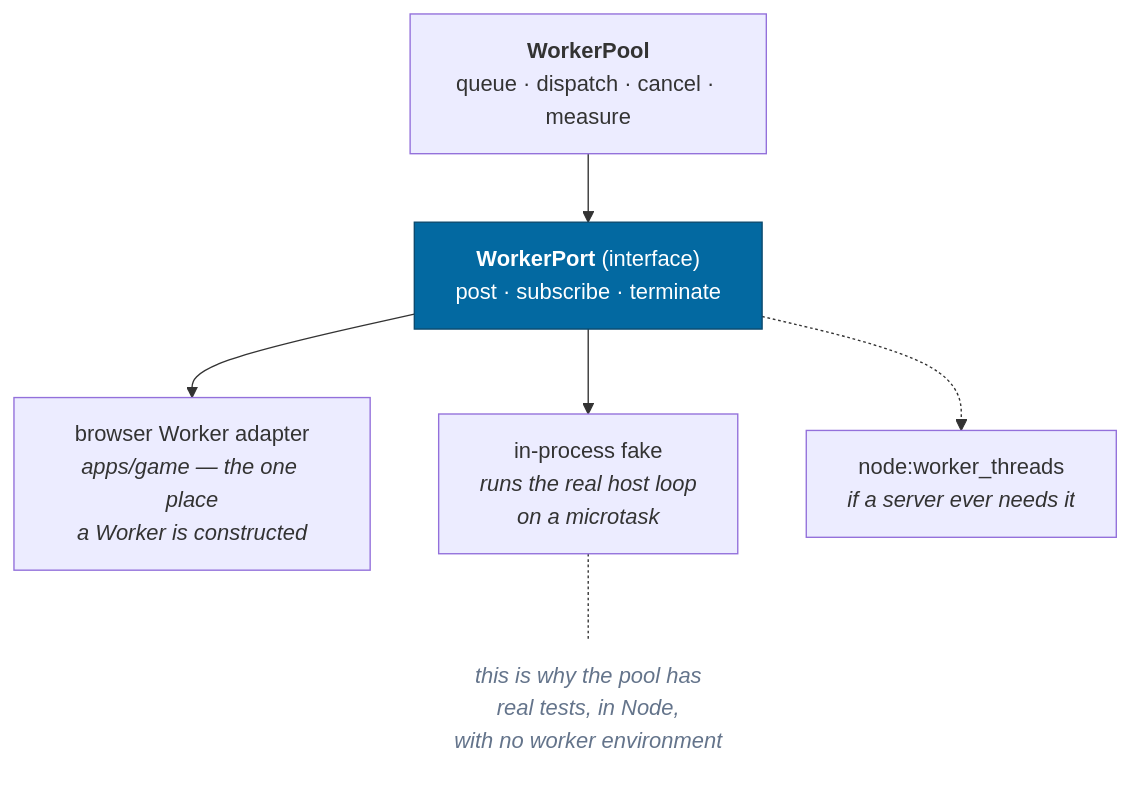
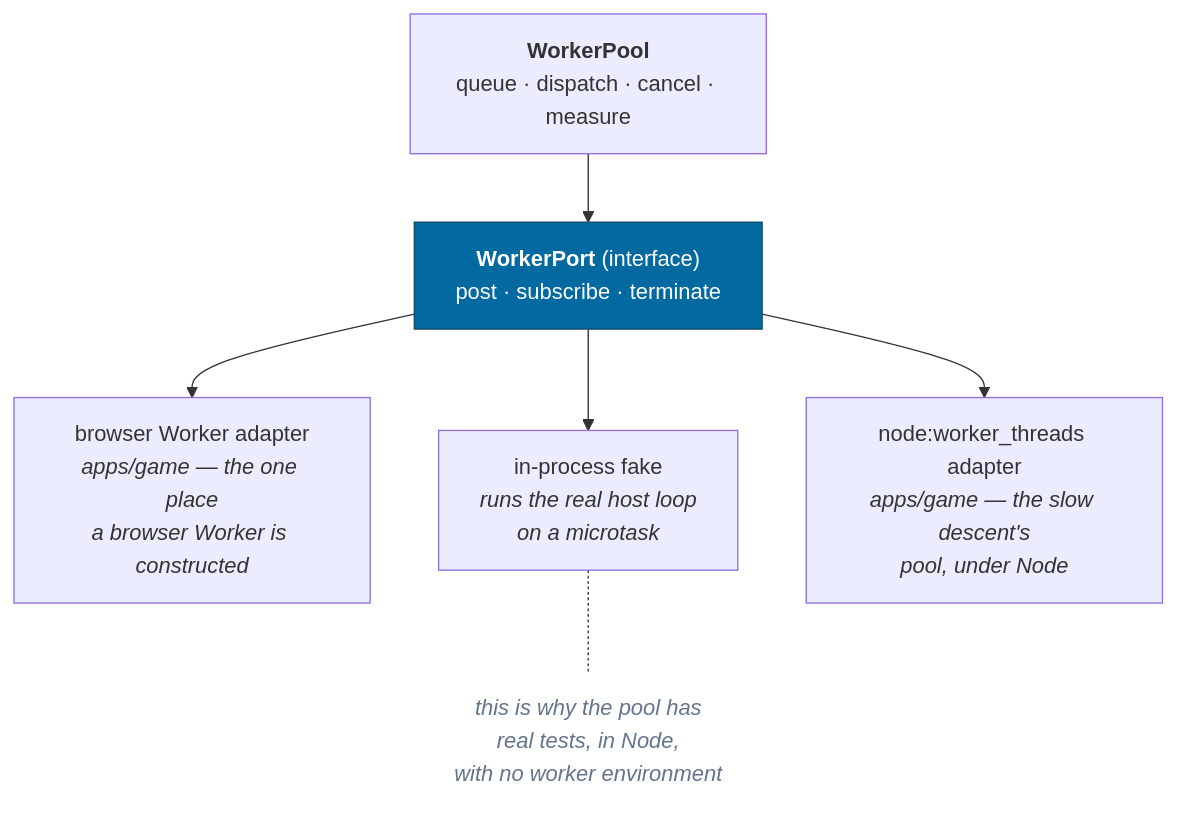
One commit to jonjaques/inertialref changed the first of 4 diagrams in docs/concepts/workers.md. Above: the diagram before and after it, drawn with Mermaid. The commit also changed other lines of this file and 27 other files, not shown here.

First line of the commit message:
test: the slow descent owns its store, survives a cold archive, and streams through worker threads (#143)

````diff
--- a/docs/concepts/workers.md
+++ b/docs/concepts/workers.md
@@ -18,18 +18,18 @@
 ```mermaid
 flowchart TB
     POOL["<b>WorkerPool</b><br/>queue · dispatch · cancel · measure"]
     PORT["<b>WorkerPort</b> (interface)<br/>post · subscribe · terminate"]
-    BROWSER["browser Worker adapter<br/><i>apps/game — the one place<br/>a Worker is constructed</i>"]
+    BROWSER["browser Worker adapter<br/><i>apps/game — the one place<br/>a browser Worker is constructed</i>"]
     INLINE["in-process fake<br/><i>runs the real host loop<br/>on a microtask</i>"]
-    NODE["node:worker_threads<br/><i>if a server ever needs it</i>"]
+    NODE["node:worker_threads adapter<br/><i>apps/game — the slow descent's<br/>pool, under Node</i>"]
 
     POOL --> PORT
     PORT --> BROWSER
     PORT --> INLINE
-    PORT -.-> NODE
+    PORT --> NODE
 
     INLINE -.- NOTE["this is why the pool has<br/>real tests, in Node,<br/>with no worker environment"]
     classDef note fill:none,stroke:none,color:#64748b,font-style:italic
     class NOTE note
     style PORT fill:#0369a1,stroke:#0c4a6e,color:#fff
 ```
````
